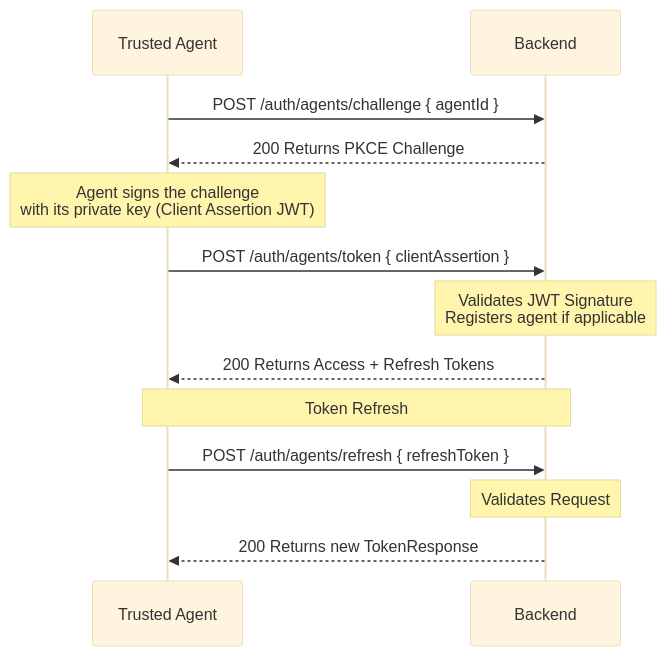
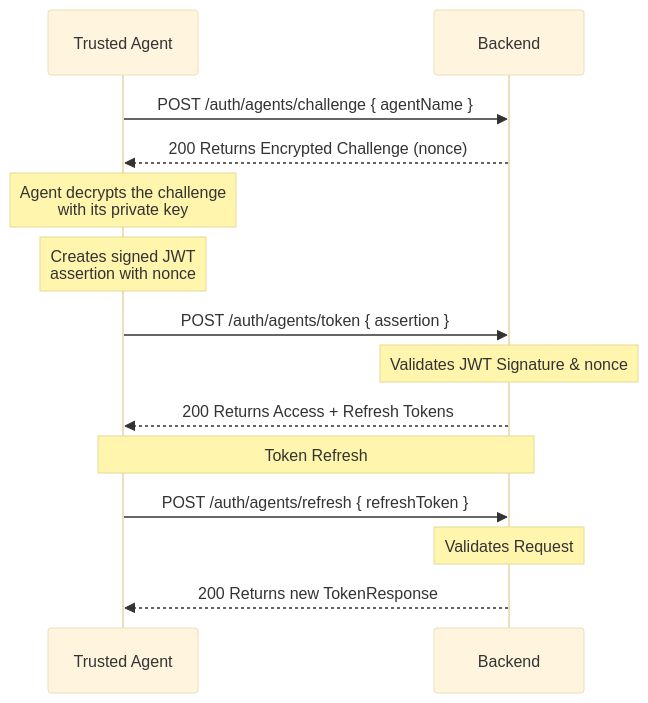
One commit to giovannibaratta/approvio changed the third of 3 diagrams in docs/authentication.md. Above: the diagram before and after it, drawn with Mermaid (base theme). The commit also changed other lines of this file and 4 other files, not shown here.

````diff
--- a/docs/authentication.md
+++ b/docs/authentication.md
@@ -156,17 +156,18 @@
 ```mermaid
 sequenceDiagram
     participant M as Trusted Agent
     participant A as Backend
 
-    M->>A: POST /auth/agents/challenge { agentId }
-    A-->>M: 200 Returns PKCE Challenge
-    Note over M: Agent signs the challenge <br/> with its private key (Client Assertion JWT)
-    M->>A: POST /auth/agents/token { clientAssertion }
-    Note over A: Validates JWT Signature <br/> Registers agent if applicable
+    M->>A: POST /auth/agents/challenge { agentName }
+    A-->>M: 200 Returns Encrypted Challenge (nonce)
+    Note over M: Agent decrypts the challenge <br/> with its private key
+    Note over M: Creates signed JWT <br/> assertion with nonce
+    M->>A: POST /auth/agents/token { assertion }
+    Note over A: Validates JWT Signature & nonce
     A-->>M: 200 Returns Access + Refresh Tokens
 
     Note over M,A: Token Refresh
     M->>A: POST /auth/agents/refresh { refreshToken }
     Note over A: Validates Request
     A-->>M: 200 Returns new TokenResponse
 ```
````
